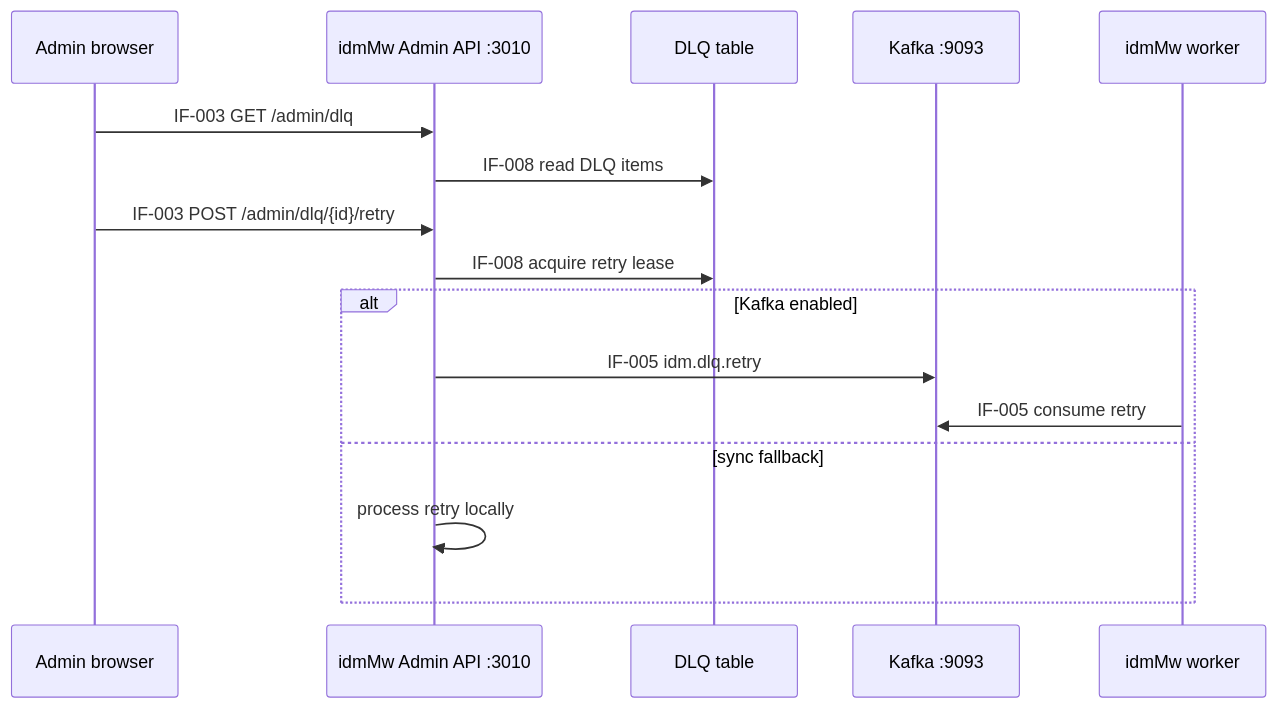
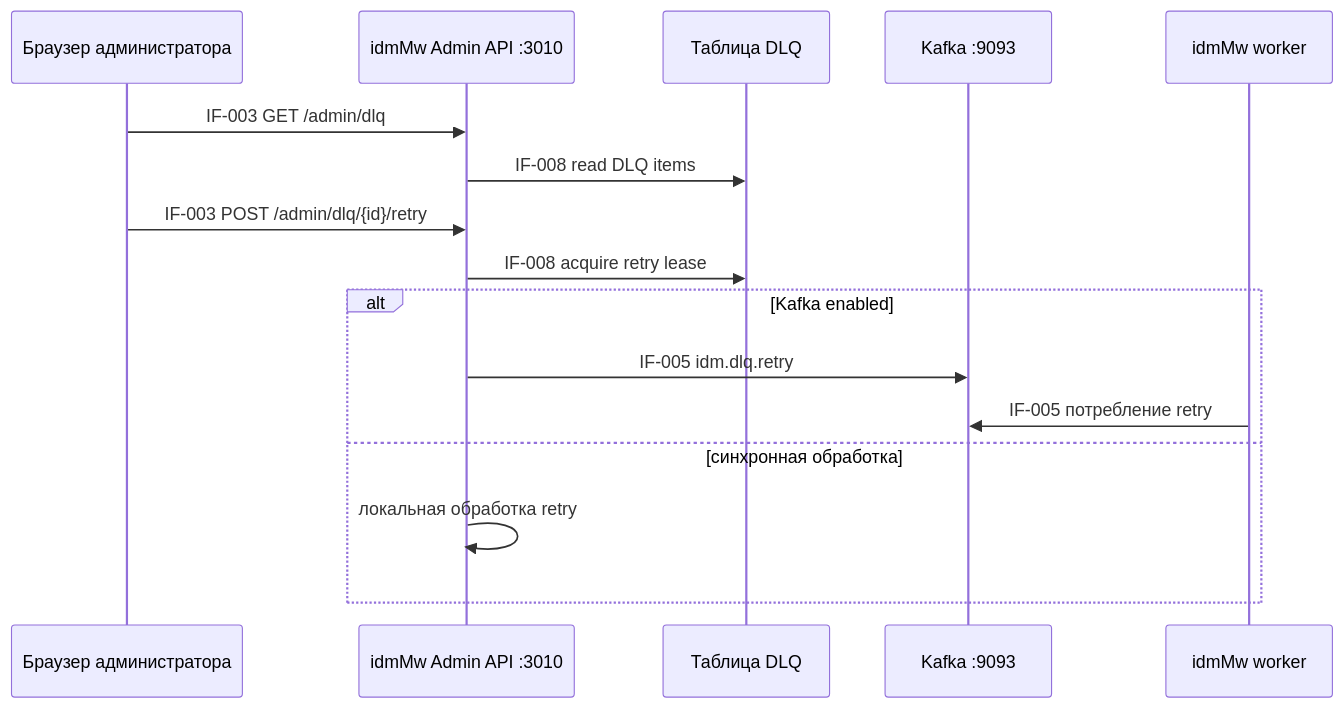
The fourth of 5 diagrams in aa/business-processes.md (igorlyapin-max/idmMw), drawn with Mermaid before and after one commit. The commit also changed other lines of this file and 11 other files, not shown here.

Commit message:
docs: translate architecture artifacts to Russian

````diff
--- a/aa/business-processes.md
+++ b/aa/business-processes.md
@@ -93,19 +94,19 @@
 ```mermaid
 sequenceDiagram
-  participant Browser as Admin browser
+  participant Browser as Браузер администратора
   participant MW as idmMw Admin API :3010
-  participant DB as DLQ table
+  participant DB as Таблица DLQ
   participant Kafka as Kafka :9093
   participant Worker as idmMw worker
 
   Browser->>MW: IF-003 GET /admin/dlq
   MW->>DB: IF-008 read DLQ items
   Browser->>MW: IF-003 POST /admin/dlq/{id}/retry
   MW->>DB: IF-008 acquire retry lease
   alt Kafka enabled
     MW->>Kafka: IF-005 idm.dlq.retry
-    Worker->>Kafka: IF-005 consume retry
-  else sync fallback
-    MW->>MW: process retry locally
+    Worker->>Kafka: IF-005 потребление retry
+  else синхронная обработка
+    MW->>MW: локальная обработка retry
   end
 ```
````
